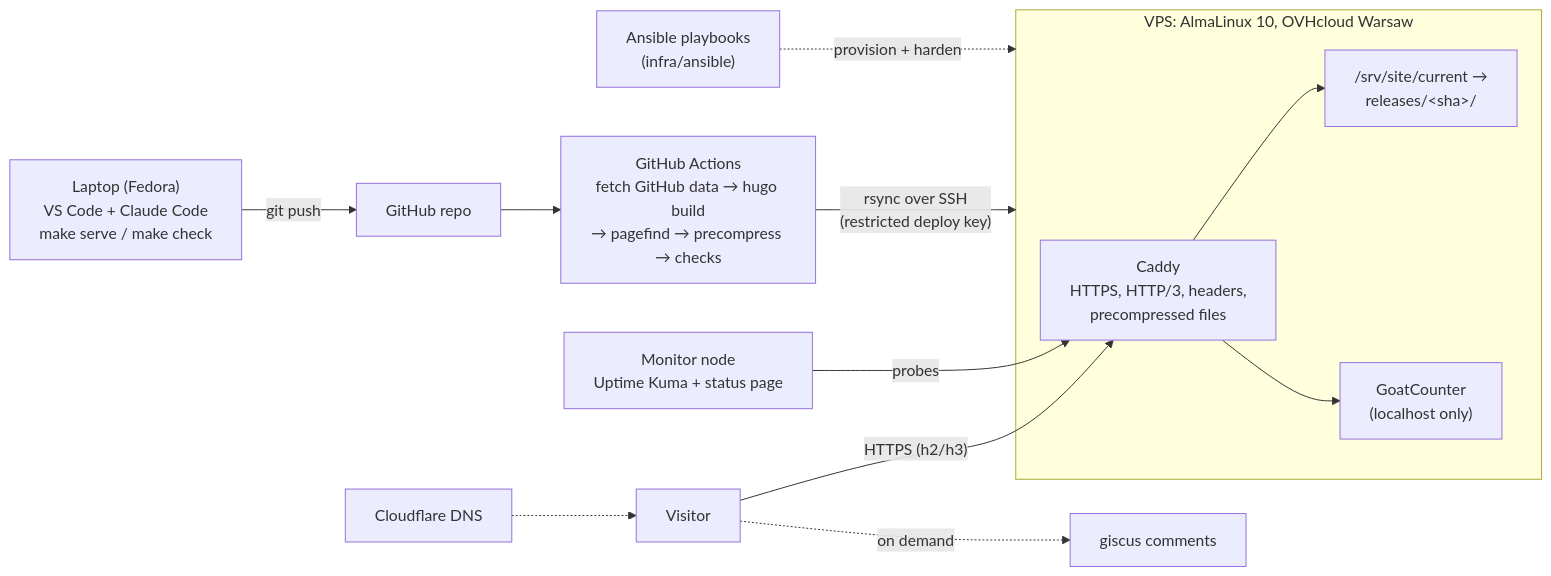
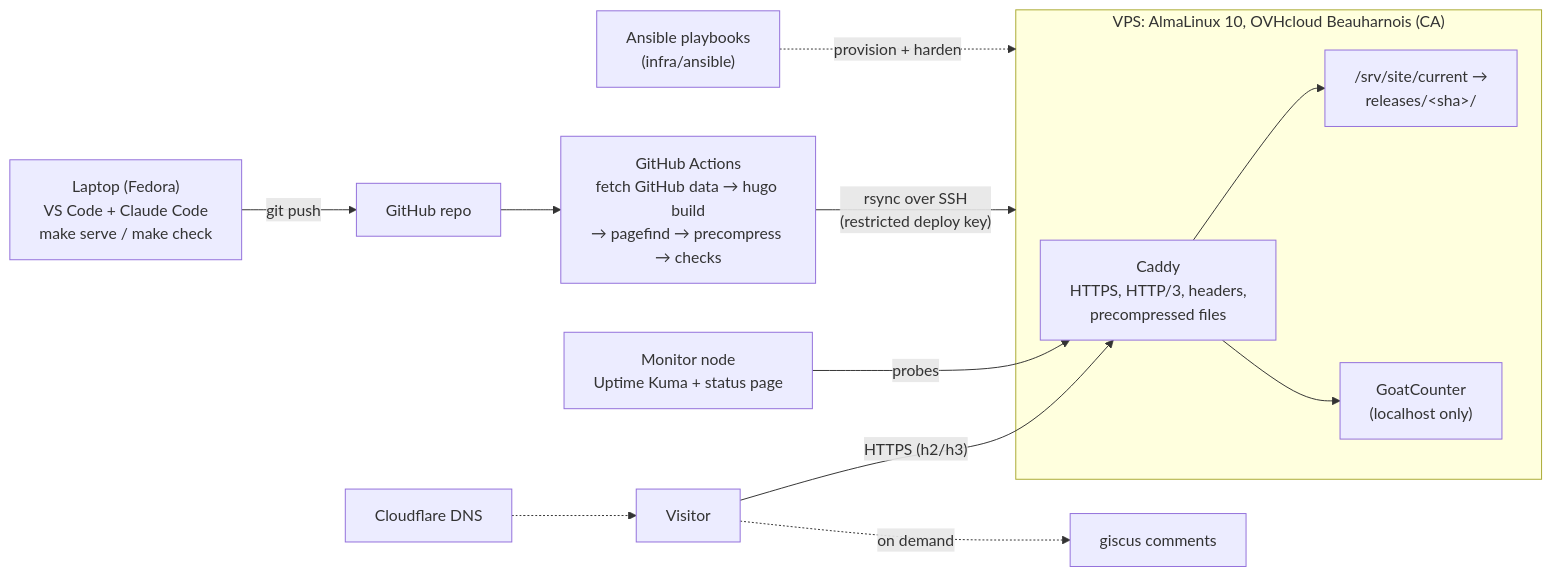
One commit to hervad/vadymherman.dev changed the diagram in docs/architecture.md. Above: the diagram before and after it, drawn with Mermaid. The commit also changed other lines of this file and 4 other files, not shown here.

First line of the commit message:
docs: ADR 0008 hosting moves to OVHcloud Beauharnois (supersedes 0004)

````diff
--- a/docs/architecture.md
+++ b/docs/architecture.md
@@ -5,17 +5,17 @@
 ```mermaid
 flowchart LR
     dev["Laptop (Fedora)<br/>VS Code + Claude Code<br/>make serve / make check"] -->|git push| gh["GitHub repo"]
     gh --> ci["GitHub Actions<br/>fetch GitHub data → hugo build<br/>→ pagefind → precompress → checks"]
     ci -->|"rsync over SSH<br/>(restricted deploy key)"| vps
 
-    subgraph vps["VPS: AlmaLinux 10, OVHcloud Warsaw"]
+    subgraph vps["VPS: AlmaLinux 10, OVHcloud Beauharnois (CA)"]
         caddy["Caddy<br/>HTTPS, HTTP/3, headers,<br/>precompressed files"] --> current["/srv/site/current →<br/>releases/&lt;sha&gt;/"]
         caddy --> goat["GoatCounter<br/>(localhost only)"]
     end
 
     ansible["Ansible playbooks<br/>(infra/ansible)"] -.->|provision + harden| vps
     visitor["Visitor"] -->|"HTTPS (h2/h3)"| caddy
     visitor -.->|on demand| giscus["giscus comments"]
     monitor["Monitor node<br/>Uptime Kuma + status page"] -->|probes| caddy
     dns["Cloudflare DNS"] -.-> visitor
 ```
````
